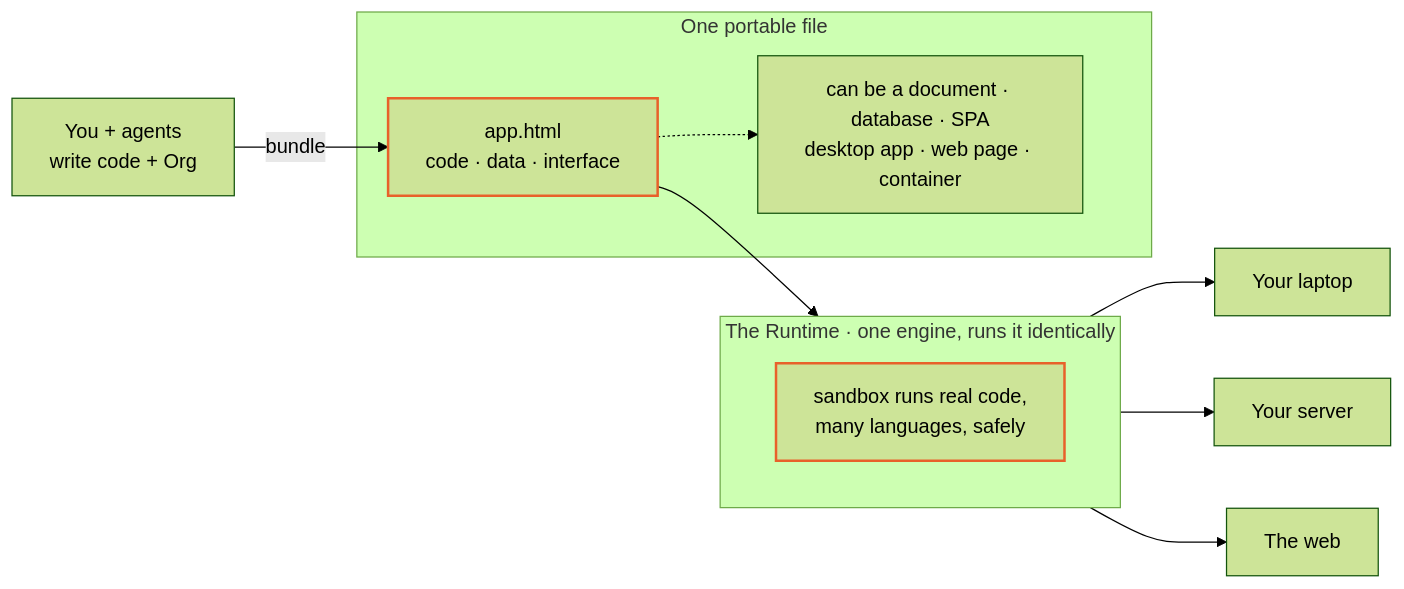
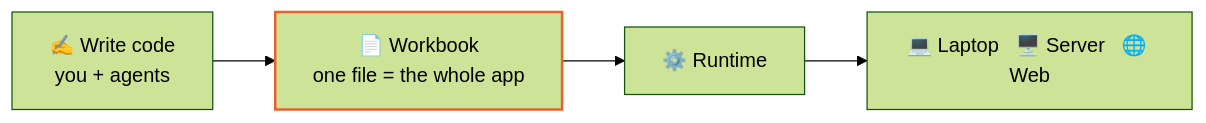
Before and after one commit to workbooks-sh/workbooks.sh: the first of 5 diagrams in README.md, drawn with Mermaid (forest theme).

Commit message:
docs(readme): simplify hero diagram to the 3-beat story (write code → workbook → runtime → anywhere)

````diff
--- a/README.md
+++ b/README.md
@@ -21,23 +21,9 @@
 ```mermaid
 flowchart LR
-    Author["You + agents<br/>write code + Org"] -->|bundle| Workbook
+    Build["✍️ Write code<br/>you + agents"] --> WB["📄 Workbook<br/>one file = the whole app"]
+    WB --> Run["⚙️ Runtime"]
+    Run --> Where["💻 Laptop &nbsp; 🖥️ Server &nbsp; 🌐 Web"]
 
-    subgraph One["One portable file"]
-        Workbook["app.html<br/>code · data · interface"]
-        Forms["can be a document · database · SPA<br/>desktop app · web page · container"]
-        Workbook -.-> Forms
-    end
-
-    Workbook --> Runtime
-
-    subgraph Runtime["The Runtime · one engine, runs it identically"]
-        Sandbox["sandbox runs real code,<br/>many languages, safely"]
-    end
-
-    Runtime --> Laptop["Your laptop"]
-    Runtime --> Server["Your server"]
-    Runtime --> Web["The web"]
-
-    classDef hero stroke:#e8612a,stroke-width:2px;
-    class Workbook,Sandbox hero;
+    classDef accent stroke:#e8612a,stroke-width:2px;
+    class WB accent
 ```
````
